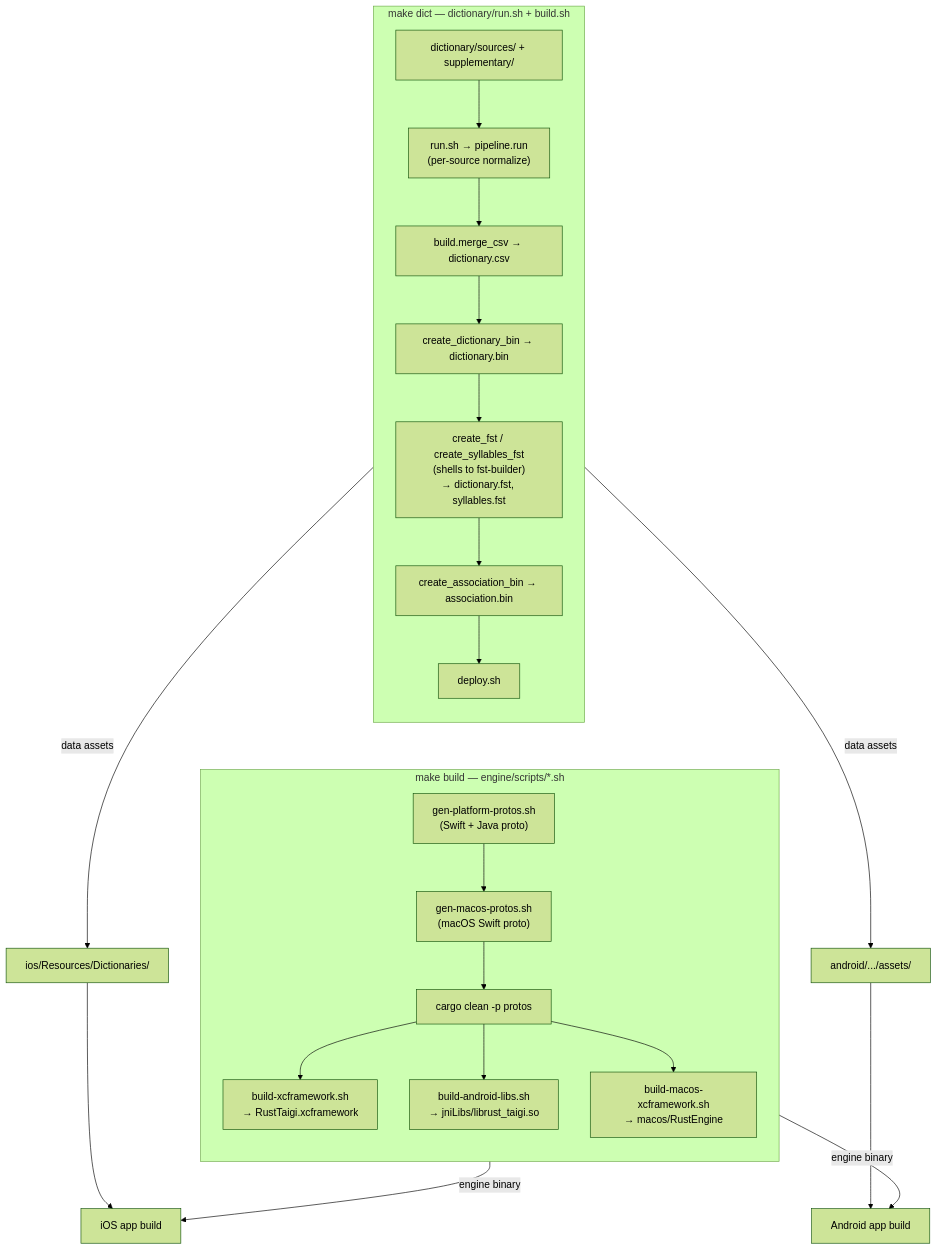
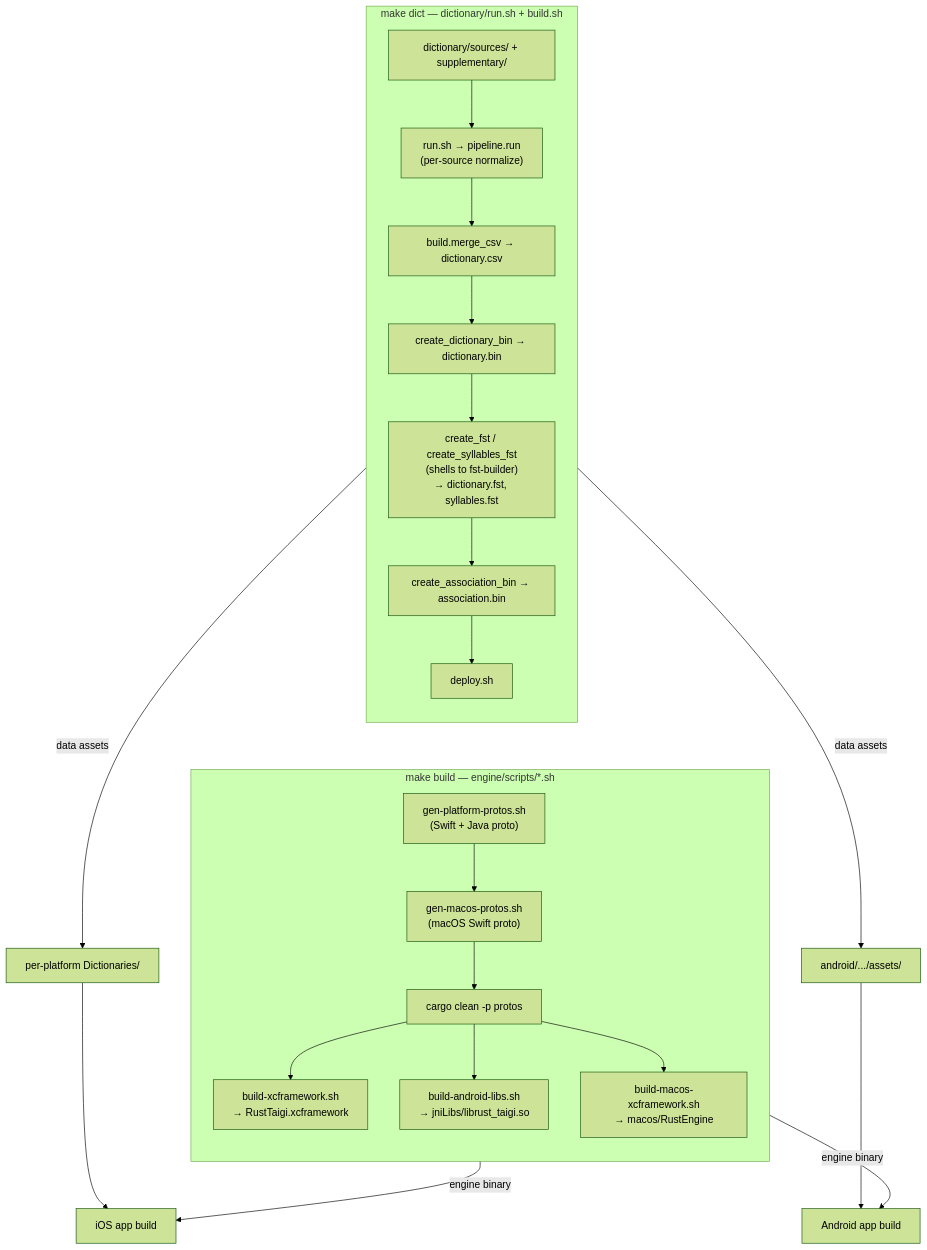
One commit to taigikeyboard/taigikeyboard changed the third of 4 diagrams in docs/architecture/system-overview.md. Above: the diagram before and after it, drawn with Mermaid (forest theme). The commit also changed 44 other files, not shown here.

````diff
--- a/docs/architecture/system-overview.md
+++ b/docs/architecture/system-overview.md
@@ -93,33 +93,33 @@
 ```mermaid
 flowchart TD
     subgraph dictpipe["make dict — dictionary/run.sh + build.sh"]
         direction TB
         src["dictionary/sources/ + supplementary/"]
         pipe["run.sh → pipeline.run<br/>(per-source normalize)"]
         merge["build.merge_csv → dictionary.csv"]
         binw["create_dictionary_bin → dictionary.bin"]
         fstw["create_fst / create_syllables_fst<br/>(shells to fst-builder)<br/>→ dictionary.fst, syllables.fst"]
         assoc["create_association_bin → association.bin"]
         dep["deploy.sh"]
         src --> pipe --> merge --> binw --> fstw --> assoc --> dep
     end
     subgraph buildpipe["make build — engine/scripts/*.sh"]
         direction TB
         proto["gen-platform-protos.sh<br/>(Swift + Java proto)"]
         mproto["gen-macos-protos.sh<br/>(macOS Swift proto)"]
         clean["cargo clean -p protos"]
         xcf["build-xcframework.sh<br/>→ RustTaigi.xcframework"]
         jnib["build-android-libs.sh<br/>→ jniLibs/librust_taigi.so"]
         mxcf["build-macos-xcframework.sh<br/>→ macos/RustEngine"]
         proto --> mproto --> clean --> xcf
         clean --> jnib
         clean --> mxcf
     end
 
-    dep -->|data assets| iosBundle["ios/Resources/Dictionaries/"]
+    dep -->|data assets| iosBundle["per-platform Dictionaries/"]
     dep -->|data assets| andAssets["android/.../assets/"]
     xcf -->|engine binary| iosApp["iOS app build"]
     jnib -->|engine binary| andApp["Android app build"]
     iosBundle --> iosApp
     andAssets --> andApp
 ```
````
